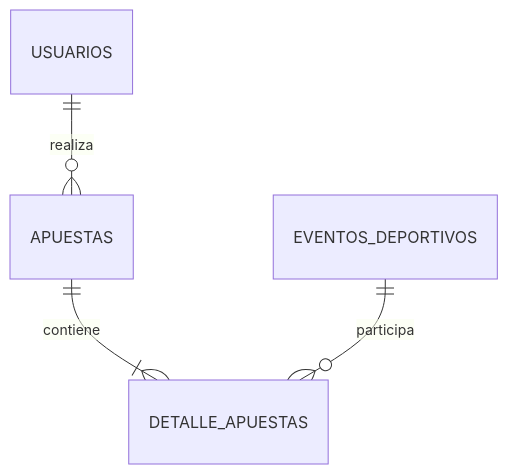
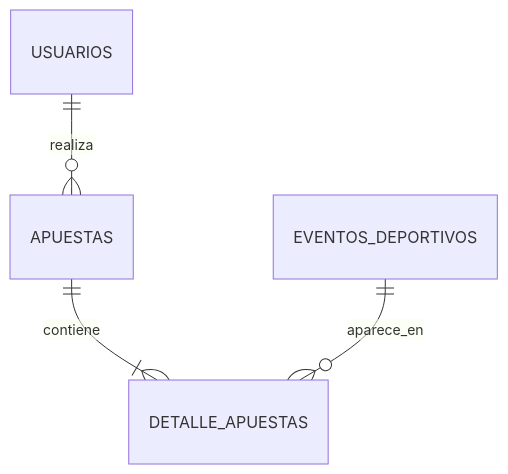
The second of 3 diagrams in README.md (juasnd/WareBet), drawn with Mermaid before and after one commit. The commit also changed other lines of this file, not shown here.

````diff
--- a/README.md
+++ b/README.md
@@ -96,6 +130,6 @@
 ```mermaid
 erDiagram
     USUARIOS ||--o{ APUESTAS : realiza
     APUESTAS ||--|{ DETALLE_APUESTAS : contiene
-    EVENTOS_DEPORTIVOS ||--o{ DETALLE_APUESTAS : participa
+    EVENTOS_DEPORTIVOS ||--o{ DETALLE_APUESTAS : aparece_en
 ```
````
